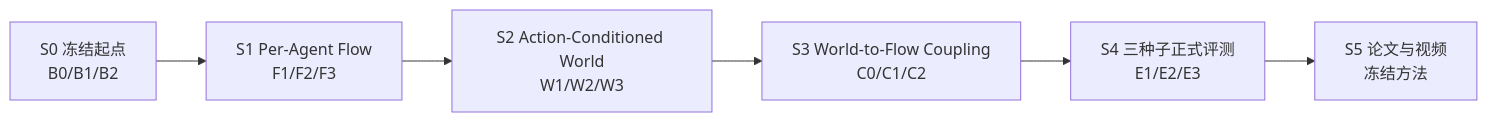
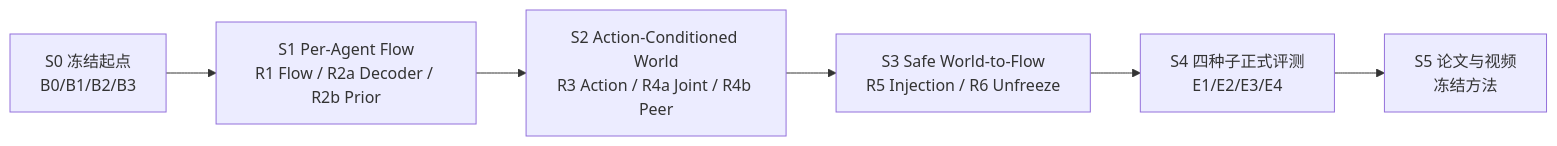
The first of 2 diagrams in docs/plans/20260725_P1_MULTI_ROBOT_MODEL_ARCHITECTURE_ACTION_GENERATION_ROADMAP_V2.0_ZH.md (Jeong-zju/before-we-act), drawn with Mermaid before and after one commit. The commit also changed other lines of this file and 1 other file, not shown here.

Commit message:
docs: finalize WAM roadmap for formal iteration

````diff
--- a/docs/plans/20260725_P1_MULTI_ROBOT_MODEL_ARCHITECTURE_ACTION_GENERATION_ROADMAP_V2.0_ZH.md
+++ b/docs/plans/20260725_P1_MULTI_ROBOT_MODEL_ARCHITECTURE_ACTION_GENERATION_ROADMAP_V2.0_ZH.md
@@ -141,11 +179,11 @@
 ```mermaid
 flowchart LR
-    S0["S0 冻结起点<br/>B0/B1/B2"]
-    S1["S1 Per-Agent Flow<br/>F1/F2/F3"]
-    S2["S2 Action-Conditioned World<br/>W1/W2/W3"]
-    S3["S3 World-to-Flow Coupling<br/>C0/C1/C2"]
-    S4["S4 三种子正式评测<br/>E1/E2/E3"]
+    S0["S0 冻结起点<br/>B0/B1/B2/B3"]
+    S1["S1 Per-Agent Flow<br/>R1 Flow / R2a Decoder / R2b Prior"]
+    S2["S2 Action-Conditioned World<br/>R3 Action / R4a Joint / R4b Peer"]
+    S3["S3 Safe World-to-Flow<br/>R5 Injection / R6 Unfreeze"]
+    S4["S4 四种子正式评测<br/>E1/E2/E3/E4"]
     S5["S5 论文与视频<br/>冻结方法"]
 
     S0 --> S1 --> S2 --> S3 --> S4 --> S5
 ```
````
